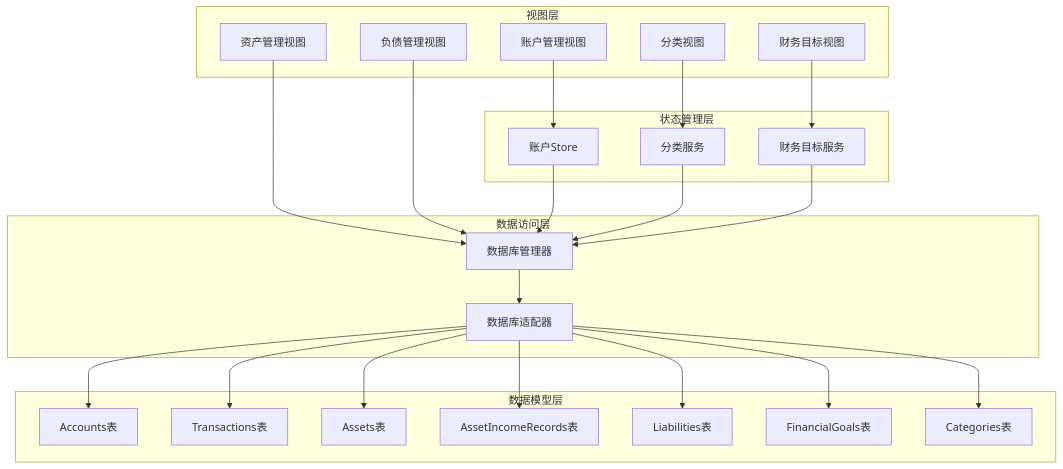
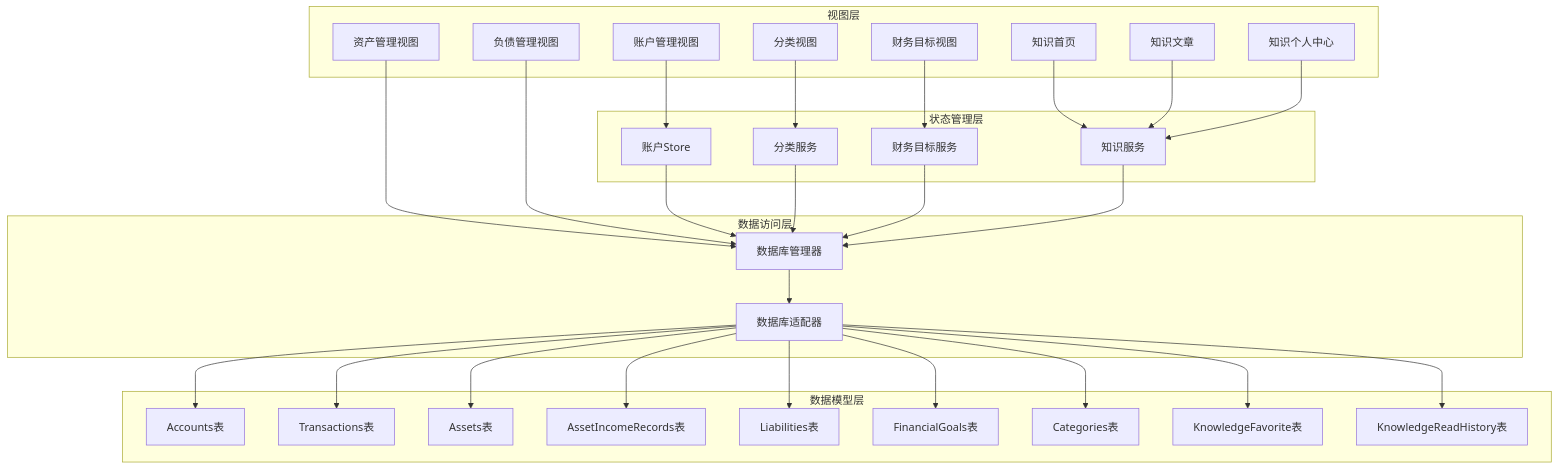
Before and after one commit to xiao-lin-unit/yuan: the tenth of 11 diagrams in .qoder/repowiki/zh/content/数据库管理/数据库设计.md, drawn with Mermaid. The commit also changed other lines of this file and 16 other files, not shown here.

Commit message:
图片和图标处理

````diff
--- a/.qoder/repowiki/zh/content/数据库管理/数据库设计.md
+++ b/.qoder/repowiki/zh/content/数据库管理/数据库设计.md
@@ -571,44 +663,56 @@
 ```mermaid
 graph TB
 subgraph "视图层"
 AccountView[账户管理视图]
 AssetView[资产管理视图]
 LiabilityView[负债管理视图]
 CategoryView[分类视图]
 GoalView[财务目标视图]
+KnowledgeHome[知识首页]
+KnowledgeArticle[知识文章]
+KnowledgeProfile[知识个人中心]
 end
 subgraph "状态管理层"
 AccountStore[账户Store]
 CategoryService[分类服务]
 GoalService[财务目标服务]
+KnowledgeService[知识服务]
 end
 subgraph "数据访问层"
 DatabaseManager[数据库管理器]
 DatabaseAdapter[数据库适配器]
 end
 subgraph "数据模型层"
 Accounts[Accounts表]
 Transactions[Transactions表]
 Assets[Assets表]
 AssetIncomeRecords[AssetIncomeRecords表]
 Liabilities[Liabilities表]
 FinancialGoals[FinancialGoals表]
 Categories[Categories表]
+KnowledgeFavorite[KnowledgeFavorite表]
+KnowledgeReadHistory[KnowledgeReadHistory表]
 end
 AccountView --> AccountStore
 AssetView --> DatabaseManager
 LiabilityView --> DatabaseManager
 CategoryView --> CategoryService
 GoalView --> GoalService
+KnowledgeHome --> KnowledgeService
+KnowledgeArticle --> KnowledgeService
+KnowledgeProfile --> KnowledgeService
 AccountStore --> DatabaseManager
 CategoryService --> DatabaseManager
 GoalService --> DatabaseManager
+KnowledgeService --> DatabaseManager
 DatabaseManager --> DatabaseAdapter
 DatabaseAdapter --> Accounts
 DatabaseAdapter --> Transactions
 DatabaseAdapter --> Assets
 DatabaseAdapter --> AssetIncomeRecords
 DatabaseAdapter --> Liabilities
 DatabaseAdapter --> FinancialGoals
 DatabaseAdapter --> Categories
+DatabaseAdapter --> KnowledgeFavorite
+DatabaseAdapter --> KnowledgeReadHistory
 ```
````
